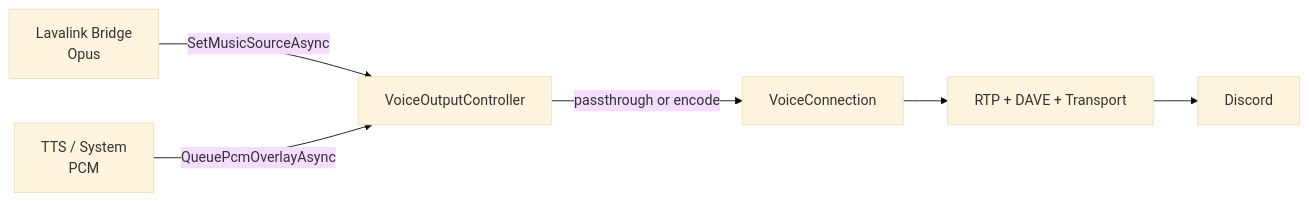
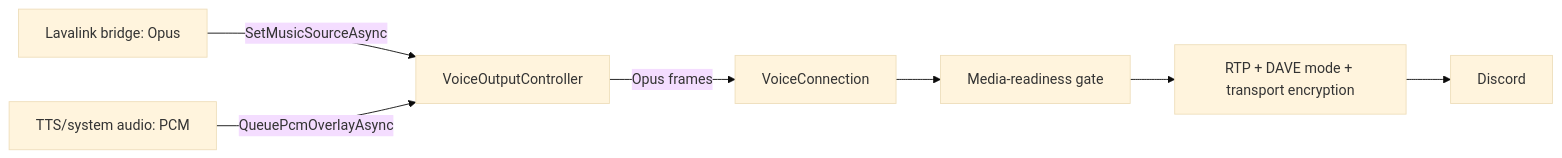
Before and after one commit to Aiko-IT-Systems/DisCatSharp: diagram 12 of 12 in DisCatSharp.Docs/articles/modules/audio/voice/architecture.md, drawn with Mermaid (base theme). The commit also changed other lines of this file and 36 other files, not shown here.

````diff
--- a/DisCatSharp.Docs/articles/modules/audio/voice/architecture.md
+++ b/DisCatSharp.Docs/articles/modules/audio/voice/architecture.md
@@ -179,8 +326,9 @@
 ```mermaid
 flowchart LR
-    A[Lavalink Bridge<br/>Opus] -->|SetMusicSourceAsync| C[VoiceOutputController]
-    B[TTS / System<br/>PCM] -->|QueuePcmOverlayAsync| C
-    C -->|passthrough or encode| D[VoiceConnection]
-    D --> E[RTP + DAVE + Transport]
-    E --> F[Discord]
+    Music["Lavalink bridge: Opus"] -->|"SetMusicSourceAsync"| Controller["VoiceOutputController"]
+    Overlay["TTS/system audio: PCM"] -->|"QueuePcmOverlayAsync"| Controller
+    Controller -->|"Opus frames"| Connection["VoiceConnection"]
+    Connection --> Gate["Media-readiness gate"]
+    Gate --> Packet["RTP + DAVE mode + transport encryption"]
+    Packet --> Discord
 ```
````
